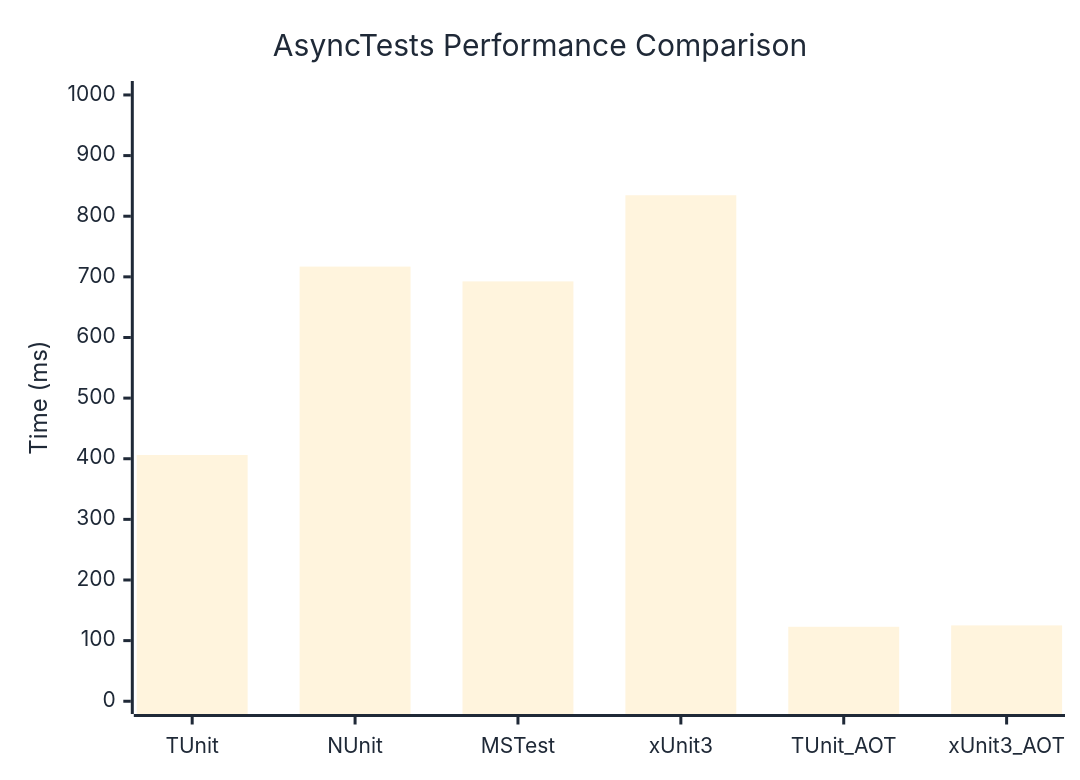
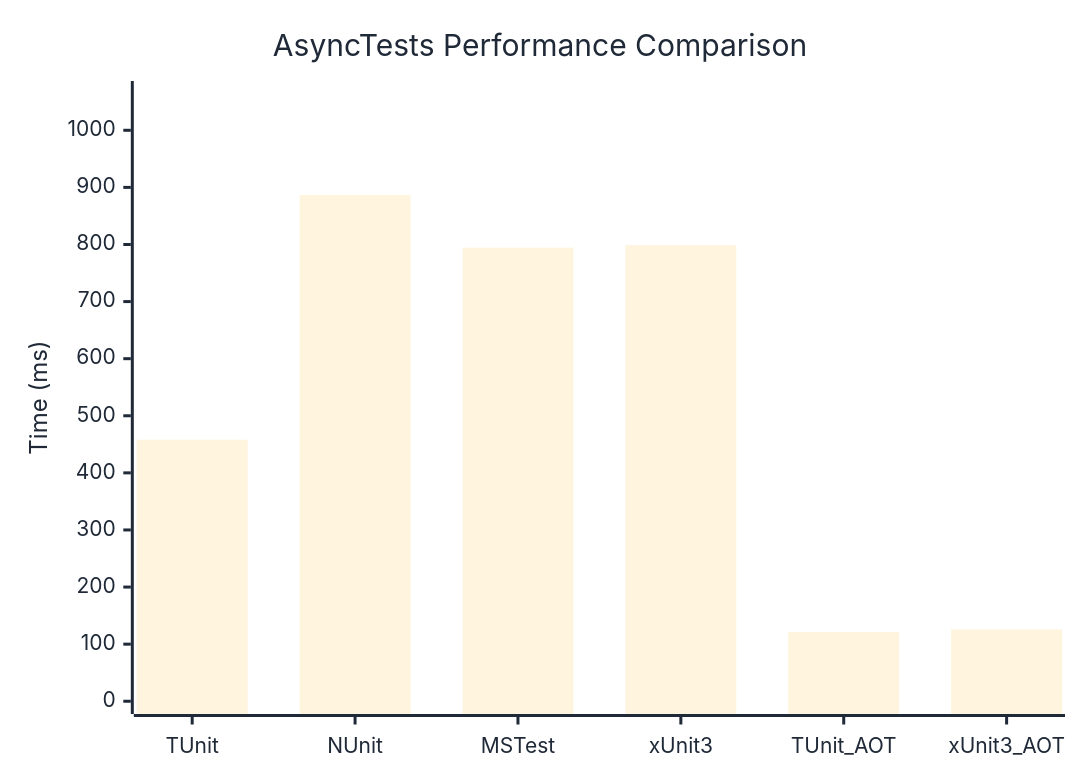
Before and after one commit to thomhurst/TUnit: the diagram in docs/docs/benchmarks/engine/AsyncTests.md, drawn with Mermaid. The commit also changed other lines of this file and 18 other files, not shown here.

````diff
--- a/docs/docs/benchmarks/engine/AsyncTests.md
+++ b/docs/docs/benchmarks/engine/AsyncTests.md
@@ -30,37 +30,37 @@
 ```mermaid
 %%{init: {
   'theme':'base',
   'themeVariables': {
     'primaryColor': '#2563eb',
     'primaryTextColor': '#1f2937',
     'primaryBorderColor': '#1e40af',
     'lineColor': '#6b7280',
     'secondaryColor': '#7c3aed',
     'tertiaryColor': '#dc2626',
     'background': '#ffffff',
     'mainBkg': '#2563eb',
     'secondBkg': '#7c3aed',
     'tertiaryBkg': '#dc2626',
     'clusterBkg': '#f3f4f6',
     'edgeLabelBackground': '#ffffff',
     'tertiaryTextColor': '#1f2937',
     'pie1': '#2563eb',
     'pie2': '#7c3aed',
     'pie3': '#dc2626',
     'pie4': '#f59e0b',
     'pie5': '#10b981',
     'pie6': '#06b6d4',
     'pie7': '#ec4899',
     'pie8': '#6366f1',
     'pie9': '#84cc16',
     'pie10': '#f97316',
     'pie11': '#14b8a6',
     'pie12': '#a855f7'
   }
 }}%%
 xychart-beta
   title "AsyncTests Performance Comparison"
   x-axis ["TUnit", "NUnit", "MSTest", "xUnit3", "TUnit_AOT", "xUnit3_AOT"]
-  y-axis "Time (ms)" 0 --> 1002
-  bar [406.2, 716.9, 692.5, 834.6, 122.8, 125.1]
+  y-axis "Time (ms)" 0 --> 1064
+  bar [458, 886.4, 794.5, 798.8, 121.4, 125.7]
 ```
````
